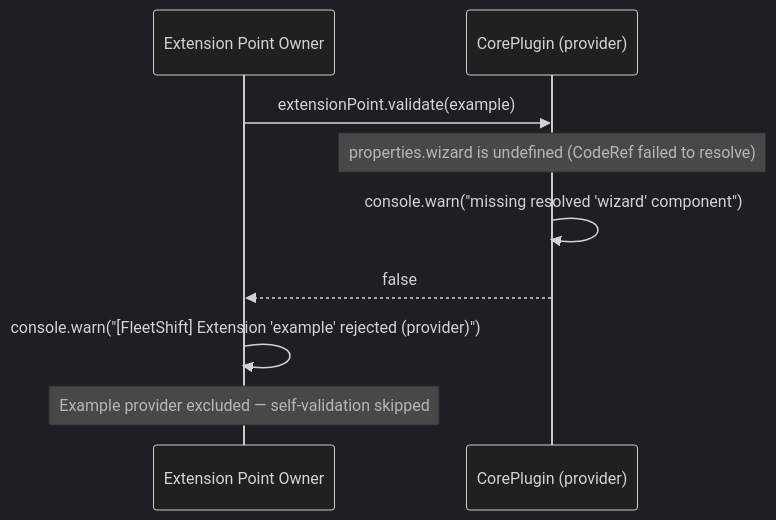
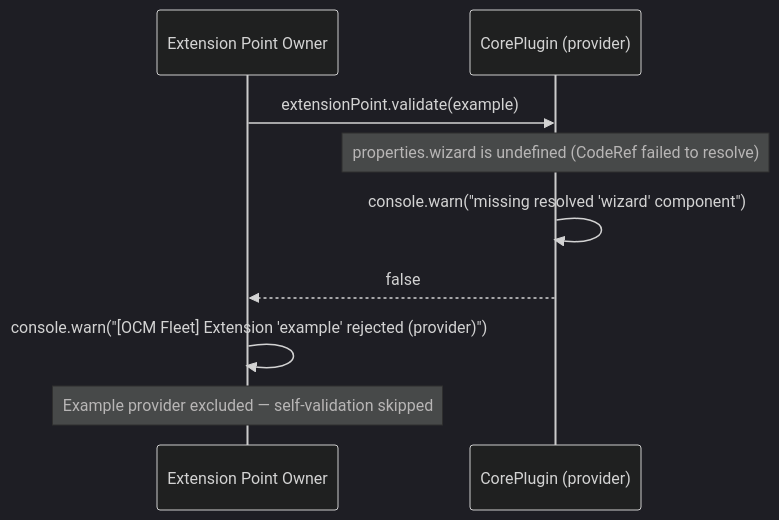
The third of 4 diagrams in docs/ui/extension-validation.md (fleetshift/fleetshift-poc), drawn with Mermaid (dark theme) before and after one commit. The commit also changed other lines of this file and 1079 other files, not shown here.

First line of the commit message:
FM-100: Rename retained repository for experimental OCM Fleet (#191)

````diff
--- a/docs/ui/extension-validation.md
+++ b/docs/ui/extension-validation.md
@@ -571,12 +571,12 @@
 ```mermaid
 sequenceDiagram
     participant EPOwner as Extension Point Owner
     participant Core as CorePlugin (provider)
 
     EPOwner->>Core: extensionPoint.validate(example)
     Note over Core: properties.wizard is undefined (CodeRef failed to resolve)
     Core->>Core: console.warn("missing resolved 'wizard' component")
     Core-->>EPOwner: false
-    EPOwner->>EPOwner: console.warn("[FleetShift] Extension 'example' rejected (provider)")
+    EPOwner->>EPOwner: console.warn("[OCM Fleet] Extension 'example' rejected (provider)")
     Note over EPOwner: Example provider excluded — self-validation skipped
 ```
````
